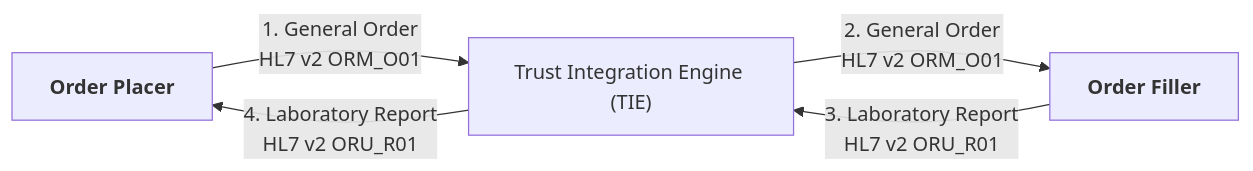
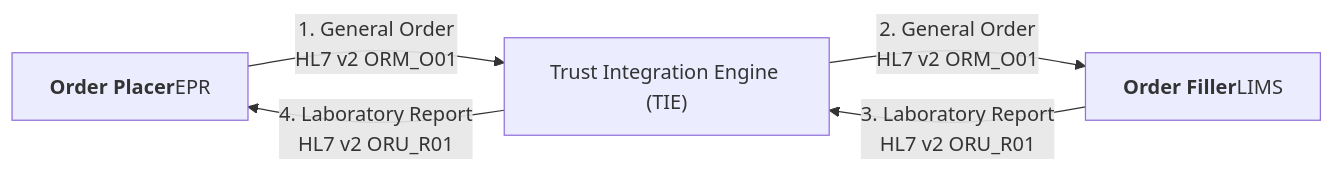
One commit to uk-gov-mirror/nw-gmsa.nw-gmsa.github.com changed the second of 6 diagrams in input/pagecontent/index.md. Above: the diagram before and after it, drawn with Mermaid. The commit also changed other lines of this file, not shown here.

Commit message:
Added TIE to future diagrams

````diff
--- a/input/pagecontent/index.md
+++ b/input/pagecontent/index.md
@@ -34,8 +34,8 @@
 ```mermaid
 graph LR
 
-    OrderPlacer[<b>Order Placer</b>] --> |1. General Order<br/>HL7 v2 ORM_O01| TIE["Trust Integration Engine (TIE)"]
+    OrderPlacer[<b>Order Placer</b>EPR] --> |1. General Order<br/>HL7 v2 ORM_O01| TIE["Trust Integration Engine (TIE)"]
     TIE --> |2. General Order<br/>HL7 v2 ORM_O01| OrderFiller
-    OrderFiller[<b>Order Filler</b>] --> |3. Laboratory Report<br/>HL7 v2 ORU_R01| TIE
+    OrderFiller[<b>Order Filler</b>LIMS] --> |3. Laboratory Report<br/>HL7 v2 ORU_R01| TIE
     TIE --> |4. Laboratory Report<br/>HL7 v2 ORU_R01| OrderPlacer  
 ```
````
